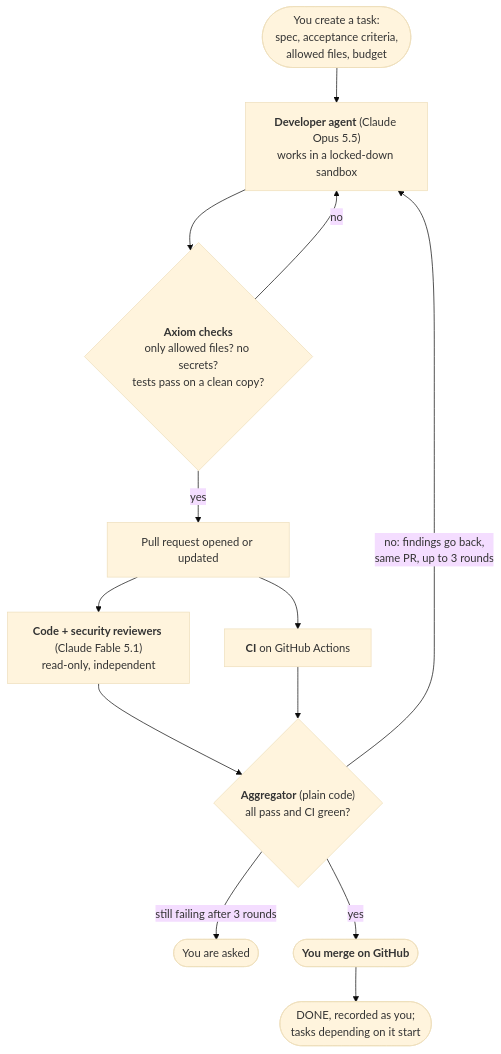
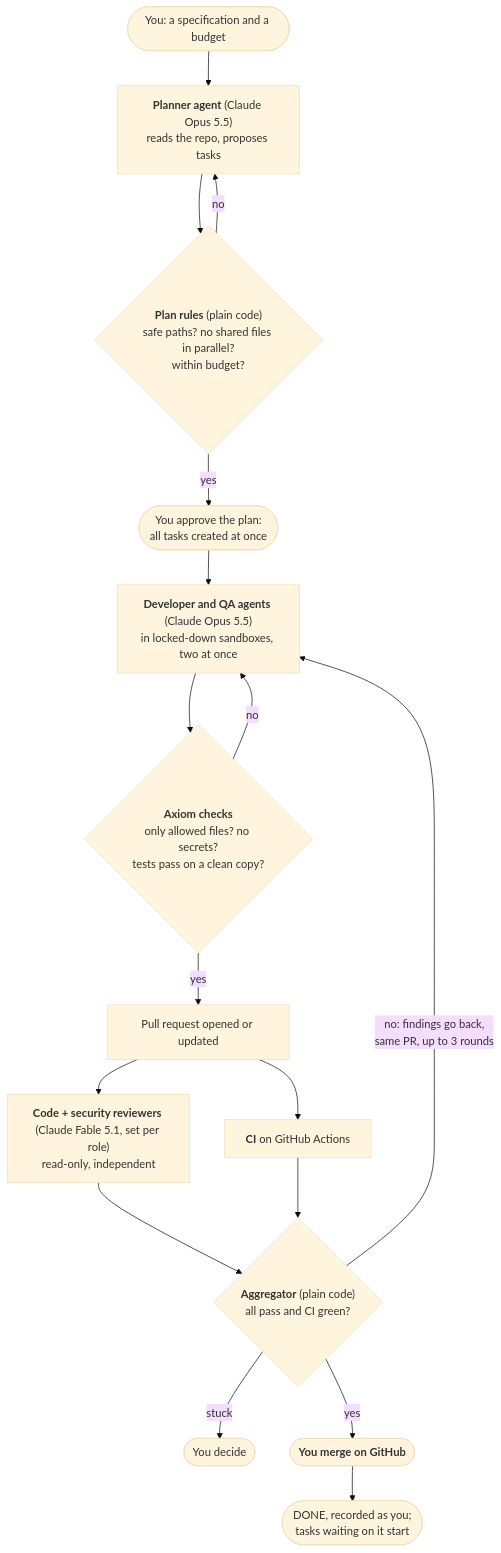
One commit to bharathcmbox/axiom changed the first of 2 diagrams in README.md. Above: the diagram before and after it, drawn with Mermaid (base theme). The commit also changed other lines of this file and 5 other files, not shown here.

````diff
--- a/README.md
+++ b/README.md
@@ -16,16 +21,19 @@
 ```mermaid
 flowchart TB
-    t(["You create a task:<br/>spec, acceptance criteria,<br/>allowed files, budget"]) --> dev
-    dev["<b>Developer agent</b> (Claude Opus 5.5)<br/>works in a locked-down sandbox"] --> chk
-    chk{"<b>Axiom checks</b><br/>only allowed files? no secrets?<br/>tests pass on a clean copy?"}
+    spec(["You: a specification and a budget"]) --> plan["<b>Planner agent</b> (Claude Opus 5.5)<br/>reads the repo, proposes tasks"]
+    plan --> rules{"<b>Plan rules</b> (plain code)<br/>safe paths? no shared files in parallel?<br/>within budget?"}
+    rules -->|no| plan
+    rules -->|yes| ok(["You approve the plan:<br/>all tasks created at once"])
+    ok --> dev["<b>Developer and QA agents</b> (Claude Opus 5.5)<br/>in locked-down sandboxes, two at once"]
+    dev --> chk{"<b>Axiom checks</b><br/>only allowed files? no secrets?<br/>tests pass on a clean copy?"}
     chk -->|no| dev
     chk -->|yes| pr["Pull request opened or updated"]
-    pr --> rev["<b>Code + security reviewers</b> (Claude Fable 5.1)<br/>read-only, independent"]
+    pr --> rev["<b>Code + security reviewers</b> (Claude Fable 5.1, set per role)<br/>read-only, independent"]
     pr --> ci["<b>CI</b> on GitHub Actions"]
     rev --> agg{"<b>Aggregator</b> (plain code)<br/>all pass and CI green?"}
     ci --> agg
     agg -->|"no: findings go back,<br/>same PR, up to 3 rounds"| dev
-    agg -->|"still failing after 3 rounds"| you2(["You are asked"])
+    agg -->|"stuck"| you2(["You decide"])
     agg -->|yes| you(["<b>You merge on GitHub</b>"])
-    you --> done(["DONE, recorded as you;<br/>tasks depending on it start"])
+    you --> done(["DONE, recorded as you;<br/>tasks waiting on it start"])
 ```
````
